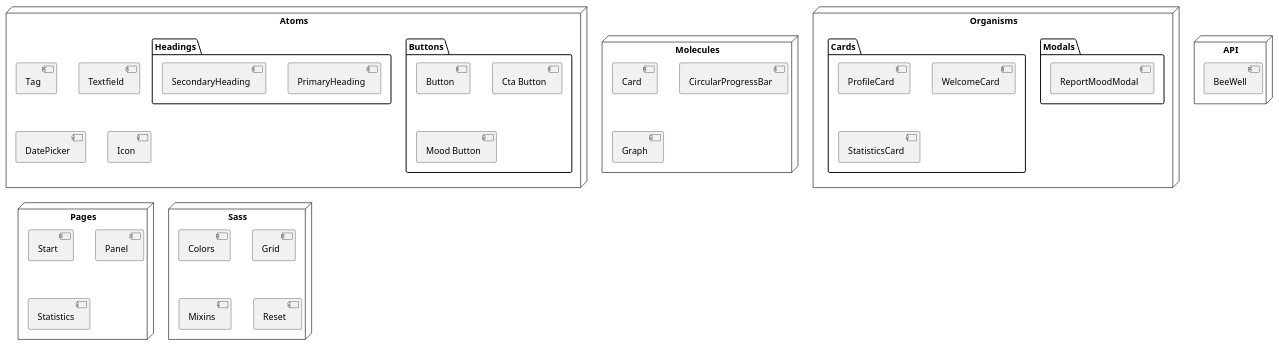
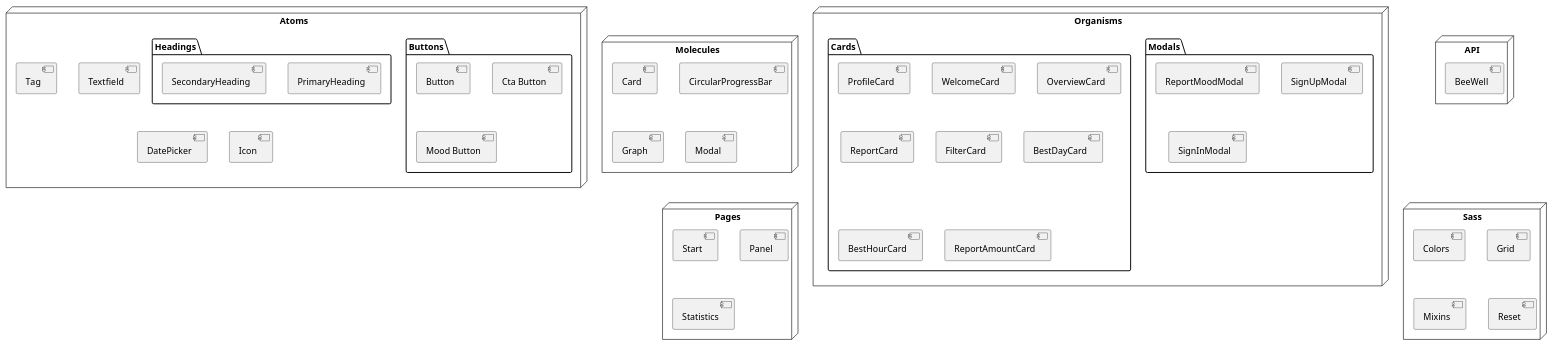
One commit to bee-well/docs changed the diagram in frontend_architecture.puml. Above: the diagram before and after it, drawn with PlantUML.

Commit message:
added more cards and modals

```diff
--- a/frontend_architecture.puml
+++ b/frontend_architecture.puml
@@ -1,51 +1,59 @@
 @startuml
 node "Atoms" {
     package "Buttons" {
         [Button]
         [Cta Button]
         [Mood Button]
     }
     package "Headings" {
         [PrimaryHeading]
         [SecondaryHeading]
     }
     [Tag]
     [Textfield]
     [DatePicker]
     [Icon]
 }
 
 node "Molecules" {
     [Card]
     [CircularProgressBar]
     [Graph]
+    [Modal]
 }
 
 node "Organisms" {
     package "Modals" {
         [ReportMoodModal]
+        [SignUpModal]
+        [SignInModal]
     }
     package "Cards" {
         [ProfileCard]
         [WelcomeCard]
-        [StatisticsCard]
+        [OverviewCard]
+        [ReportCard]
+        [FilterCard]
+        [BestDayCard]
+        [BestHourCard]
+        [ReportAmountCard]
     }
 }
 
 node "Pages" {
     [Start]
     [Panel]
     [Statistics]
 }
 
 node "Sass" {
     [Colors]
     [Grid]
     [Mixins]
     [Reset]
 }
 
 node "API" {
     [BeeWell]
 }
 @enduml
```
